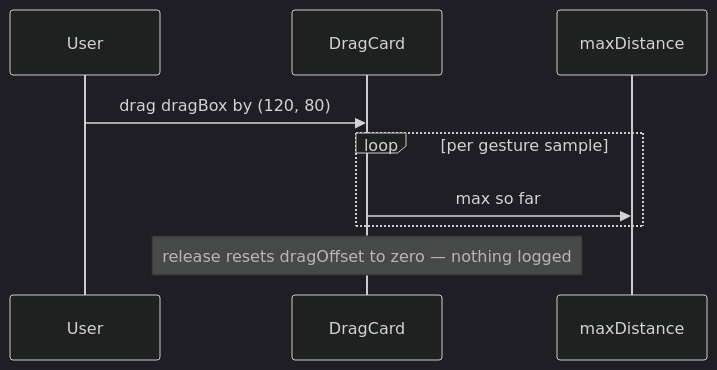
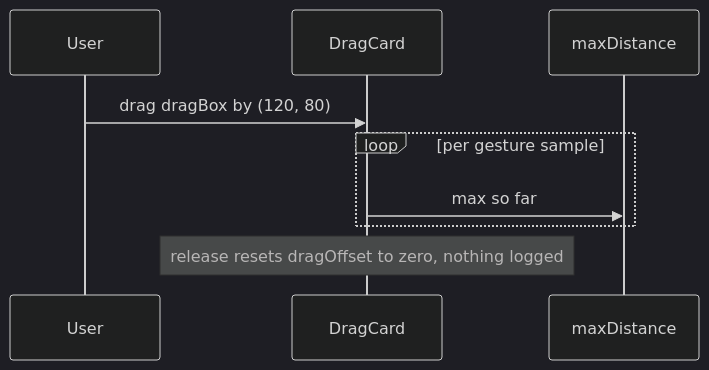
One commit to sisoje/hypermodular changed the tenth of 13 diagrams in hypermodular/references/coreflow-example-validation.md. Above: the diagram before and after it, drawn with Mermaid (dark theme). The commit also changed other lines of this file and 47 other files, not shown here.

````diff
--- a/hypermodular/references/coreflow-example-validation.md
+++ b/hypermodular/references/coreflow-example-validation.md
@@ -329,10 +332,10 @@
 ```mermaid
 %% Evidence: DragCard · Parent: Unmounted (../APP-MAP.md)
 %% Given: maxDistance 0 · unpinned, values are timing-dependent
 sequenceDiagram
     User->>DragCard: drag dragBox by (120, 80)
     loop per gesture sample
         DragCard->>maxDistance: max so far
     end
-    Note over DragCard: release resets dragOffset to zero — nothing logged
+    Note over DragCard: release resets dragOffset to zero, nothing logged
 ```
````
